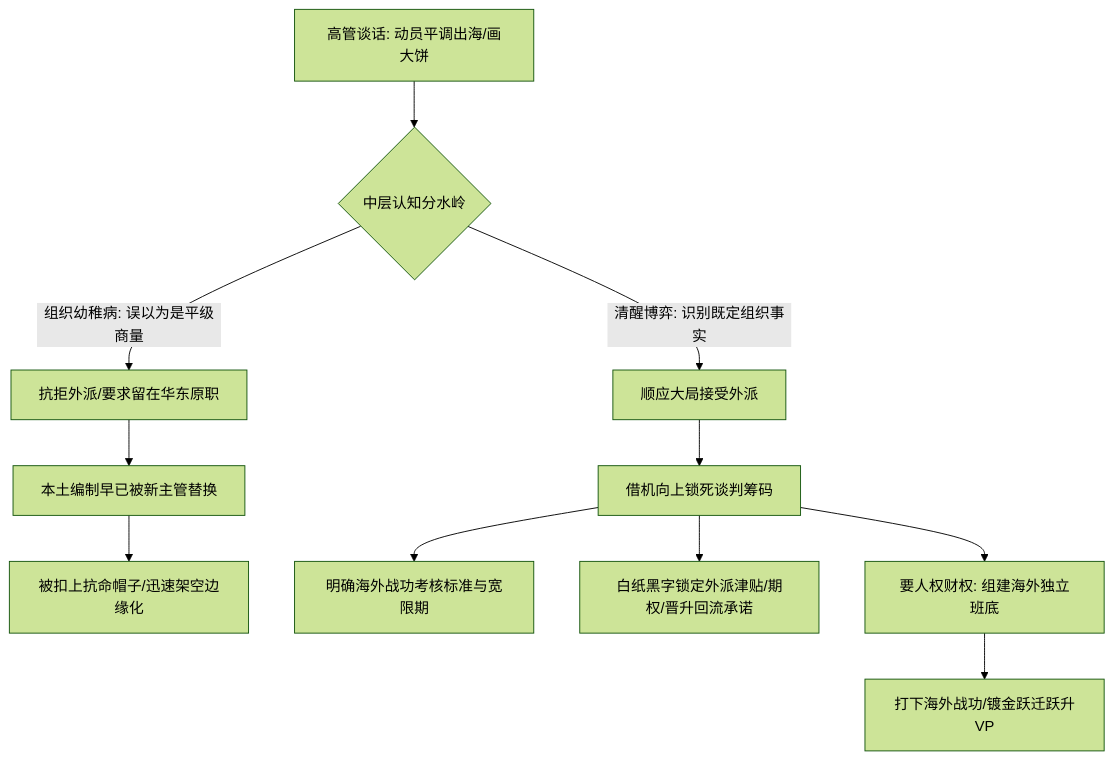
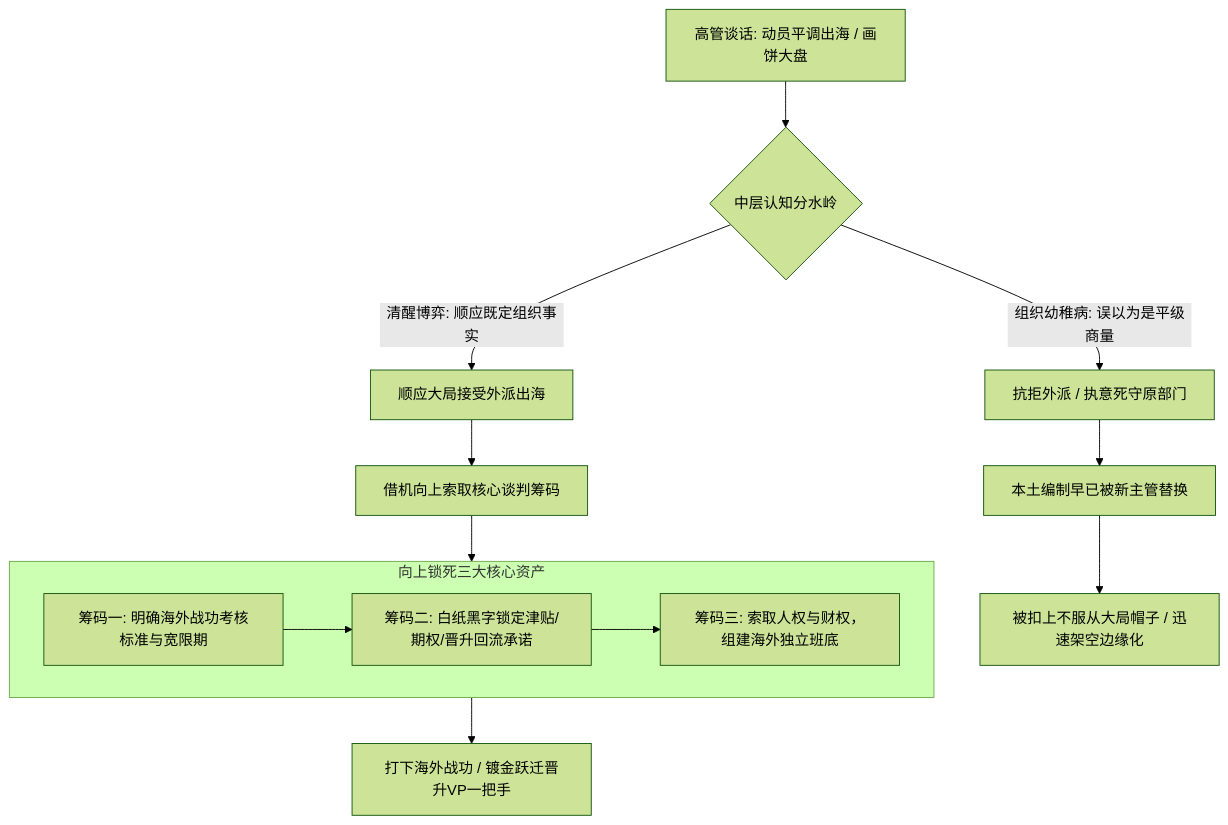
The second of 2 diagrams in content/live-20261014-laozeng-02.md (dollarser/knowledge), drawn with Mermaid (forest theme) before and after one commit. The commit also changed 10 other files, not shown here.

Commit message:
style: verticalize all mermaid diagrams and add mindmap architecture

````diff
--- a/content/live-20261014-laozeng-02.md
+++ b/content/live-20261014-laozeng-02.md
@@ -82,14 +82,21 @@
 ```mermaid
 flowchart TD
-    BossNotice[高管谈话: 动员平调出海/画大饼] --> Perception{中层认知分水岭}
-    Perception -- 组织幼稚病: 误以为是平级商量 --> Reject[抗拒外派/要求留在华东原职]
-    Reject --> Trap1[本土编制早已被新主管替换]
-    Trap1 --> Trap2[被扣上抗命帽子/迅速架空边缘化]
+    BossNotice["高管谈话: 动员平调出海 / 画饼大盘"] --> Perception{中层认知分水岭}
+    
+    Perception -- 组织幼稚病: 误以为是平级商量 --> Reject["抗拒外派 / 执意死守原部门"]
+    Reject --> Trap1["本土编制早已被新主管替换"]
+    Trap1 --> Trap2["被扣上不服从大局帽子 / 迅速架空边缘化"]
 
-    Perception -- 清醒博弈: 识别既定组织事实 --> Accept[顺应大局接受外派]
-    Accept --> Negotiate[借机向上锁死谈判筹码]
-    Negotiate --> Asset1[明确海外战功考核标准与宽限期]
-    Negotiate --> Asset2[白纸黑字锁定外派津贴/期权/晋升回流承诺]
-    Negotiate --> Asset3[要人权财权: 组建海外独立班底]
-    Asset3 --> Win[打下海外战功/镀金跃迁跃升VP]
+    Perception -- 清醒博弈: 顺应既定组织事实 --> Accept["顺应大局接受外派出海"]
+    Accept --> Negotiate["借机向上索取核心谈判筹码"]
+    
+    subgraph Leverage["向上锁死三大核心资产"]
+        Asset1["筹码一: 明确海外战功考核标准与宽限期"]
+        Asset2["筹码二: 白纸黑字锁定津贴/期权/晋升回流承诺"]
+        Asset3["筹码三: 索取人权与财权，组建海外独立班底"]
+        Asset1 --> Asset2 --> Asset3
+    end
+    
+    Negotiate --> Leverage
+    Leverage --> Win["打下海外战功 / 镀金跃迁晋升VP一把手"]
 ```
````
